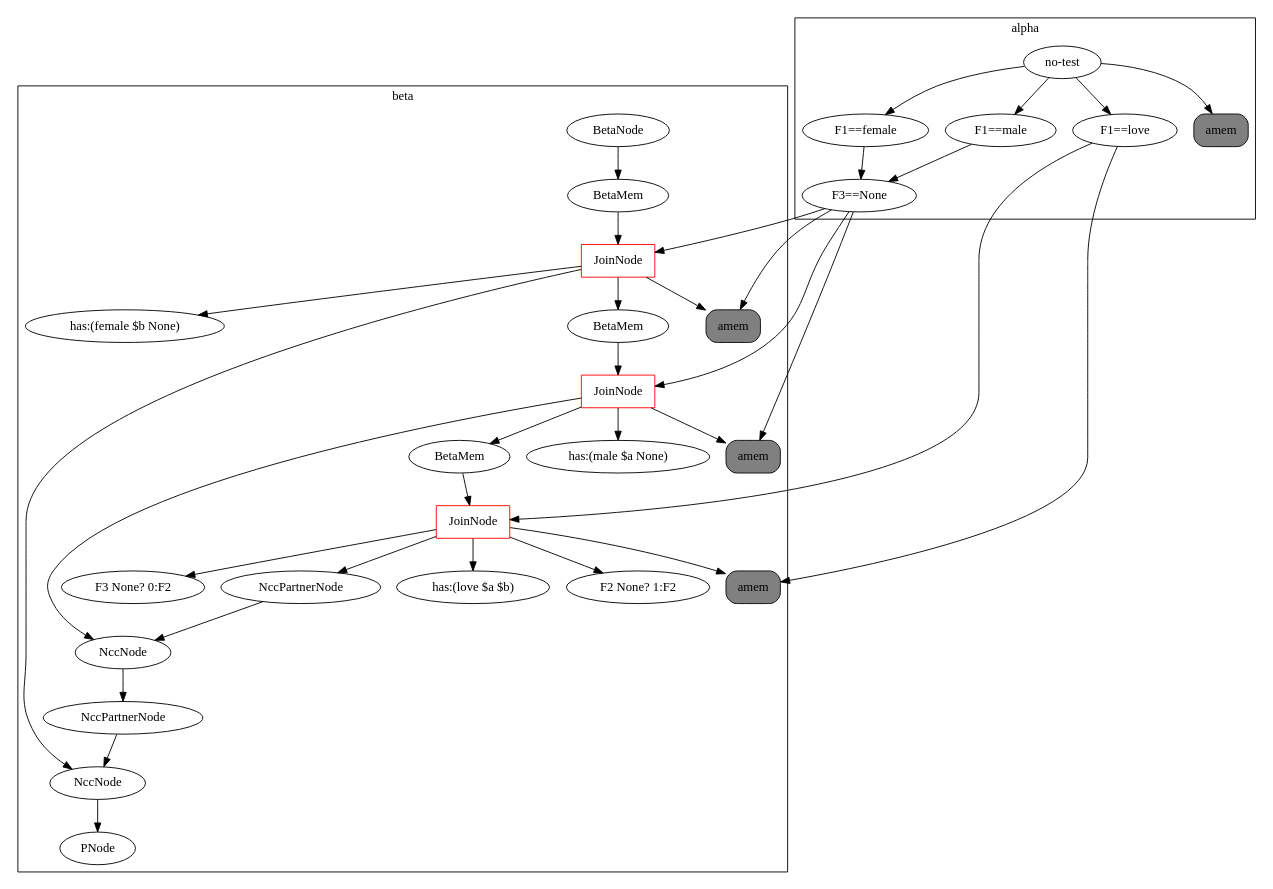
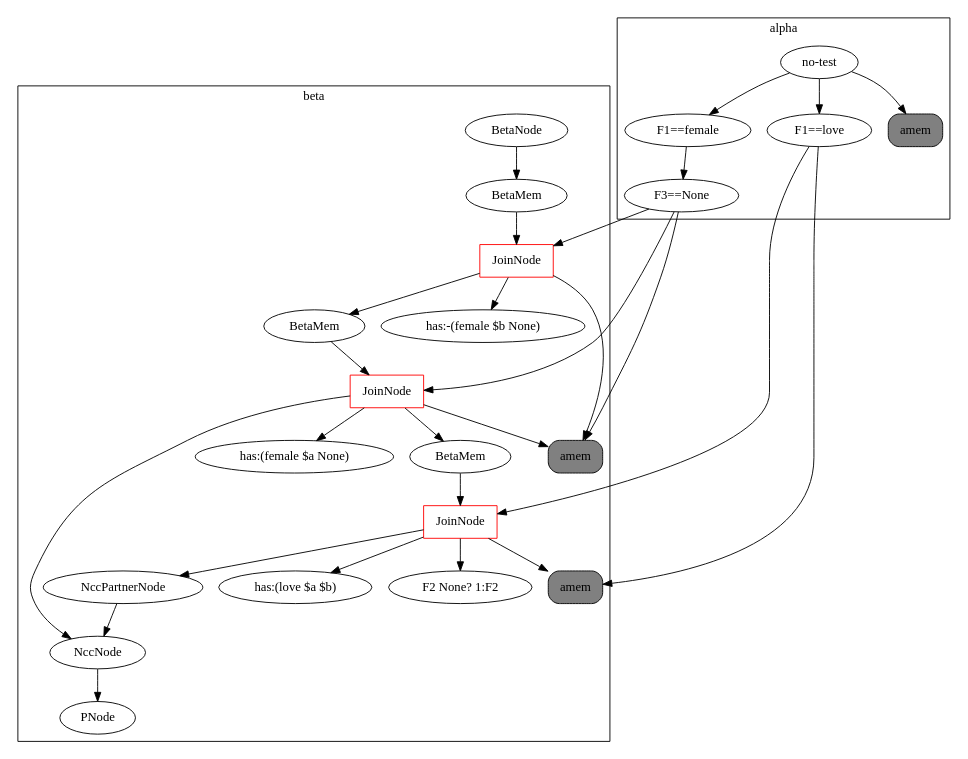
The diagram in rete.dot (Cybernetic1/GIRL), drawn with Graphviz before and after one commit. The commit also changed 3 other files, not shown here.

```diff
--- a/rete.dot
+++ b/rete.dot
@@ -1,57 +1,47 @@
 digraph {
 	subgraph cluster_1 {
 	label = beta
-	"BetaNode 140283015437224" [label="BetaNode"];
-	"BetaNode 140283015437224" -> "BetaMemory 140283015568016";
-	"BetaMemory 140283015568016" [label="BetaMem"];
-	"BetaMemory 140283015568016" -> "JoinNode 140283015568296";
-	"JoinNode 140283015568296" [shape=box, color=red, label="JoinNode"];
-	"JoinNode 140283015568296" -> "amem:<rete.alpha.AlphaMemory object at 0x7f962f4f9b70>"
-	"JoinNode 140283015568296" -> "has:(female $b None)"
-	"JoinNode 140283015568296" -> "BetaMemory 140283015568408";
-	"BetaMemory 140283015568408" [label="BetaMem"];
-	"BetaMemory 140283015568408" -> "JoinNode 140283015568632";
-	"JoinNode 140283015568632" [shape=box, color=red, label="JoinNode"];
-	"JoinNode 140283015568632" -> "amem:<rete.alpha.AlphaMemory object at 0x7f962f4f9cc0>"
-	"JoinNode 140283015568632" -> "has:(male $a None)"
-	"JoinNode 140283015568632" -> "BetaMemory 140283015568744";
-	"BetaMemory 140283015568744" [label="BetaMem"];
-	"BetaMemory 140283015568744" -> "JoinNode 140283015569024";
-	"JoinNode 140283015569024" [shape=box, color=red, label="JoinNode"];
-	"JoinNode 140283015569024" -> "amem:<rete.alpha.AlphaMemory object at 0x7f962f4f9dd8>"
-	"JoinNode 140283015569024" -> "has:(love $a $b)"
-	"JoinNode 140283015569024" -> "F2 None? 1:F2"
-	"JoinNode 140283015569024" -> "F3 None? 0:F2"
-	"JoinNode 140283015569024" -> "<rete.ncc_node.NccPartnerNode object at 0x7f962f4f9eb8>";
-	"<rete.ncc_node.NccPartnerNode object at 0x7f962f4f9eb8>" [label="NccPartnerNode"];
-	"<rete.ncc_node.NccPartnerNode object at 0x7f962f4f9eb8>" -> "<rete.ncc_node.NccNode object at 0x7f962f4f9d30>";
-	"JoinNode 140283015568632" -> "<rete.ncc_node.NccNode object at 0x7f962f4f9d30>";
-	"<rete.ncc_node.NccNode object at 0x7f962f4f9d30>" [label="NccNode"];
-	"<rete.ncc_node.NccNode object at 0x7f962f4f9d30>" -> "<rete.ncc_node.NccPartnerNode object at 0x7f962f4f9ef0>";
-	"<rete.ncc_node.NccPartnerNode object at 0x7f962f4f9ef0>" [label="NccPartnerNode"];
-	"<rete.ncc_node.NccPartnerNode object at 0x7f962f4f9ef0>" -> "<rete.ncc_node.NccNode object at 0x7f962f4f9be0>";
-	"JoinNode 140283015568296" -> "<rete.ncc_node.NccNode object at 0x7f962f4f9be0>";
-	"<rete.ncc_node.NccNode object at 0x7f962f4f9be0>" [label="NccNode"];
-	"<rete.ncc_node.NccNode object at 0x7f962f4f9be0>" -> "PNode 140283015567960";
-	"PNode 140283015567960" [label="PNode"];
+	"BetaNode 140634636308040" [label="BetaNode"];
+	"BetaNode 140634636308040" -> "BetaMemory 140634636422840";
+	"BetaMemory 140634636422840" [label="BetaMem"];
+	"BetaMemory 140634636422840" -> "JoinNode 140634636423120";
+	"JoinNode 140634636423120" [shape=box, color=red, label="JoinNode"];
+	"JoinNode 140634636423120" -> "amem:<rete.alpha.AlphaMemory object at 0x7fe80d8c0f98>"
+	"JoinNode 140634636423120" -> "has:-(female $b None)"
+	"JoinNode 140634636423120" -> "BetaMemory 140634636464200";
+	"BetaMemory 140634636464200" [label="BetaMem"];
+	"BetaMemory 140634636464200" -> "JoinNode 140634636464256";
+	"JoinNode 140634636464256" [shape=box, color=red, label="JoinNode"];
+	"JoinNode 140634636464256" -> "amem:<rete.alpha.AlphaMemory object at 0x7fe80d8c0f98>"
+	"JoinNode 140634636464256" -> "has:(female $a None)"
+	"JoinNode 140634636464256" -> "BetaMemory 140634636464368";
+	"BetaMemory 140634636464368" [label="BetaMem"];
+	"BetaMemory 140634636464368" -> "JoinNode 140634636464592";
+	"JoinNode 140634636464592" [shape=box, color=red, label="JoinNode"];
+	"JoinNode 140634636464592" -> "amem:<rete.alpha.AlphaMemory object at 0x7fe80d8cb160>"
+	"JoinNode 140634636464592" -> "has:(love $a $b)"
+	"JoinNode 140634636464592" -> "F2 None? 1:F2"
+	"JoinNode 140634636464592" -> "<rete.ncc_node.NccPartnerNode object at 0x7fe80d8cb208>";
+	"<rete.ncc_node.NccPartnerNode object at 0x7fe80d8cb208>" [label="NccPartnerNode"];
+	"<rete.ncc_node.NccPartnerNode object at 0x7fe80d8cb208>" -> "<rete.ncc_node.NccNode object at 0x7fe80d8cb0b8>";
+	"JoinNode 140634636464256" -> "<rete.ncc_node.NccNode object at 0x7fe80d8cb0b8>";
+	"<rete.ncc_node.NccNode object at 0x7fe80d8cb0b8>" [label="NccNode"];
+	"<rete.ncc_node.NccNode object at 0x7fe80d8cb0b8>" -> "PNode 140634636422784";
+	"PNode 140634636422784" [label="PNode"];
 	}
 	subgraph cluster_0 {
 	label = alpha
 	"no-test" -> "F1==female";
 	"F1==female" -> "F3==None";
-	"F3==None" -> "amem:<rete.alpha.AlphaMemory object at 0x7f962f4f9b70>";
-	"amem:<rete.alpha.AlphaMemory object at 0x7f962f4f9b70>" [shape=box, style="rounded,filled", label="amem", fillcolor=gray];
-	"no-test" -> "F1==male";
-	"F1==male" -> "F3==None";
-	"F3==None" -> "amem:<rete.alpha.AlphaMemory object at 0x7f962f4f9cc0>";
-	"amem:<rete.alpha.AlphaMemory object at 0x7f962f4f9cc0>" [shape=box, style="rounded,filled", label="amem", fillcolor=gray];
+	"F3==None" -> "amem:<rete.alpha.AlphaMemory object at 0x7fe80d8c0f98>";
+	"amem:<rete.alpha.AlphaMemory object at 0x7fe80d8c0f98>" [shape=box, style="rounded,filled", label="amem", fillcolor=gray];
 	"no-test" -> "F1==love";
-	"F1==love" -> "amem:<rete.alpha.AlphaMemory object at 0x7f962f4f9dd8>";
-	"amem:<rete.alpha.AlphaMemory object at 0x7f962f4f9dd8>" [shape=box, style="rounded,filled", label="amem", fillcolor=gray];
-	"no-test" -> "amem:<rete.alpha.AlphaMemory object at 0x7f962f4d9908>";
-	"amem:<rete.alpha.AlphaMemory object at 0x7f962f4d9908>" [shape=box, style="rounded,filled", label="amem", fillcolor=gray];
+	"F1==love" -> "amem:<rete.alpha.AlphaMemory object at 0x7fe80d8cb160>";
+	"amem:<rete.alpha.AlphaMemory object at 0x7fe80d8cb160>" [shape=box, style="rounded,filled", label="amem", fillcolor=gray];
+	"no-test" -> "amem:<rete.alpha.AlphaMemory object at 0x7fe80d8a4d68>";
+	"amem:<rete.alpha.AlphaMemory object at 0x7fe80d8a4d68>" [shape=box, style="rounded,filled", label="amem", fillcolor=gray];
 	}
-	"F3==None" -> "JoinNode 140283015568296";
-	"F3==None" -> "JoinNode 140283015568632";
-	"F1==love" -> "JoinNode 140283015569024";
+	"F3==None" -> "JoinNode 140634636423120";
+	"F3==None" -> "JoinNode 140634636464256";
+	"F1==love" -> "JoinNode 140634636464592";
 }
```
